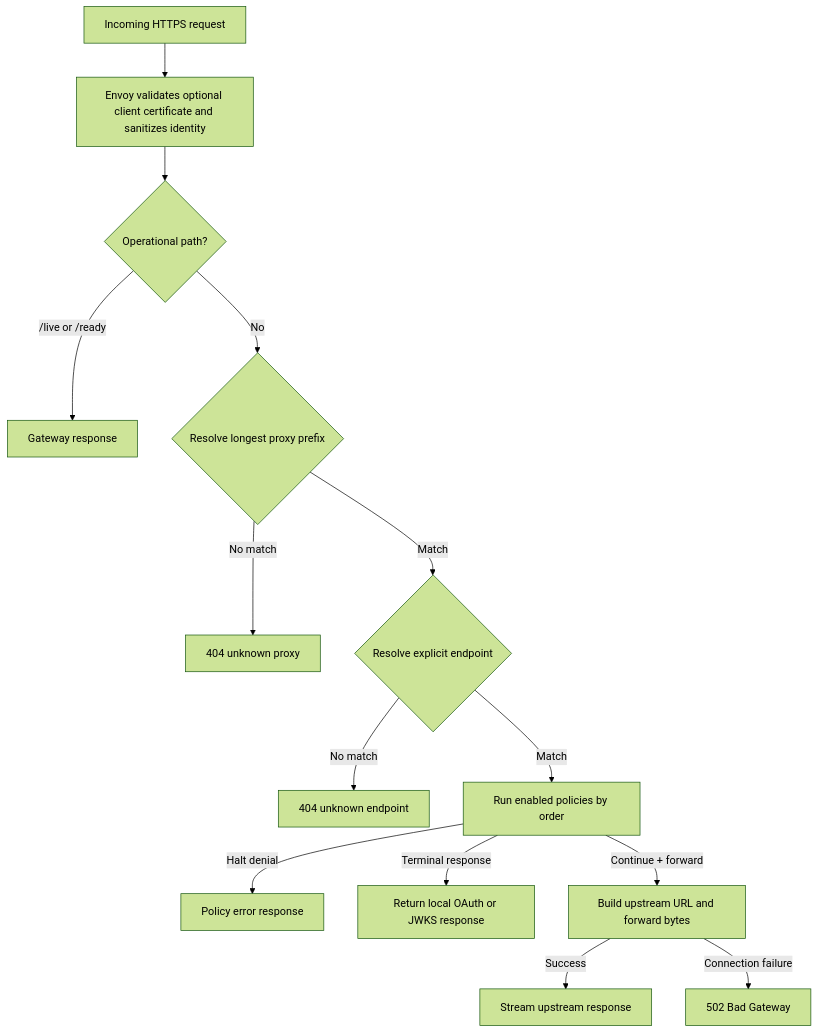
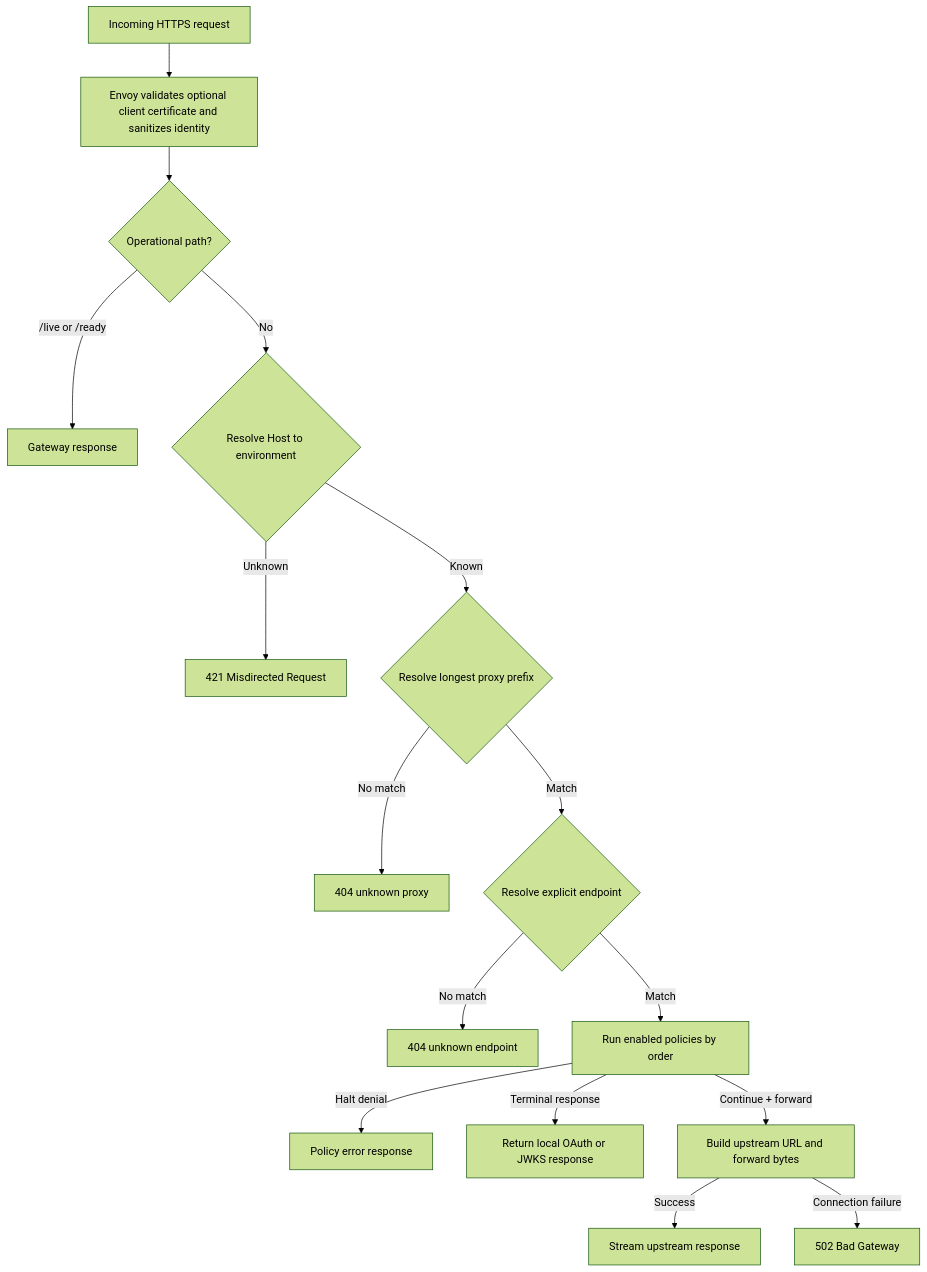
Before and after one commit to c4rl0s04/api-gateway-platform: the diagram in docs/02-architecture/Runtime Request Flow.md, drawn with Mermaid (forest theme). The commit also changed other lines of this file and 26 other files, not shown here.

````diff
--- a/docs/02-architecture/Runtime Request Flow.md
+++ b/docs/02-architecture/Runtime Request Flow.md
@@ -30,16 +30,18 @@
 ```mermaid
 flowchart TD
     REQUEST["Incoming HTTPS request"] --> ENVOY["Envoy validates optional client certificate and sanitizes identity"]
     ENVOY --> OPERATIONAL{"Operational path?"}
     OPERATIONAL -->|"/live or /ready"| HEALTH["Gateway response"]
-    OPERATIONAL -->|"No"| PROXY{"Resolve longest proxy prefix"}
+    OPERATIONAL -->|"No"| ENVIRONMENT{"Resolve Host to environment"}
+    ENVIRONMENT -->|"Unknown"| MISDIRECTED["421 Misdirected Request"]
+    ENVIRONMENT -->|"Known"| PROXY{"Resolve longest proxy prefix"}
     PROXY -->|"No match"| PROXY404["404 unknown proxy"]
     PROXY -->|"Match"| ENDPOINT{"Resolve explicit endpoint"}
     ENDPOINT -->|"No match"| ENDPOINT404["404 unknown endpoint"]
     ENDPOINT -->|"Match"| POLICIES["Run enabled policies by order"]
     POLICIES -->|"Halt denial"| POLICYRESPONSE["Policy error response"]
     POLICIES -->|"Terminal response"| LOCAL["Return local OAuth or JWKS response"]
     POLICIES -->|"Continue + forward"| FORWARD["Build upstream URL and forward bytes"]
     FORWARD -->|"Success"| RESPONSE["Stream upstream response"]
     FORWARD -->|"Connection failure"| BADGATEWAY["502 Bad Gateway"]
 ```
````
